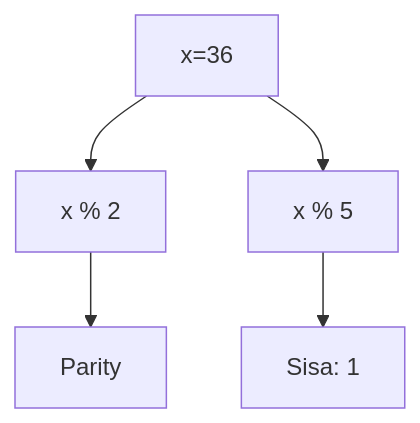
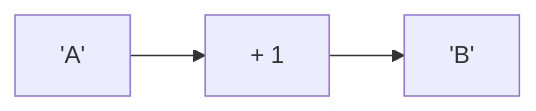
The second of 25 diagrams in part-c-pemahaman-cpp/03-perulangan/latihan/set-09.md (amnahwaida/OSNK_INF_PREP), drawn with Mermaid before and after one commit. The commit also changed other lines of this file and 71 other files, not shown here.

Commit message:
Fixed Mermaid syntax lexical errors with quoted labels in 1,800 questions

````diff
--- a/part-c-pemahaman-cpp/03-perulangan/latihan/set-09.md
+++ b/part-c-pemahaman-cpp/03-perulangan/latihan/set-09.md
@@ -83,7 +54,5 @@
 ```mermaid
-graph TD
-A[x=36] --> B[x % 2]
-B --> C[Parity]
-A --> D[x % 5]
-D --> E[Sisa: 1]
+graph LR
+A["'A'"] --> B["+ 1"]
+B --> C["'B'"]
 ```
````
